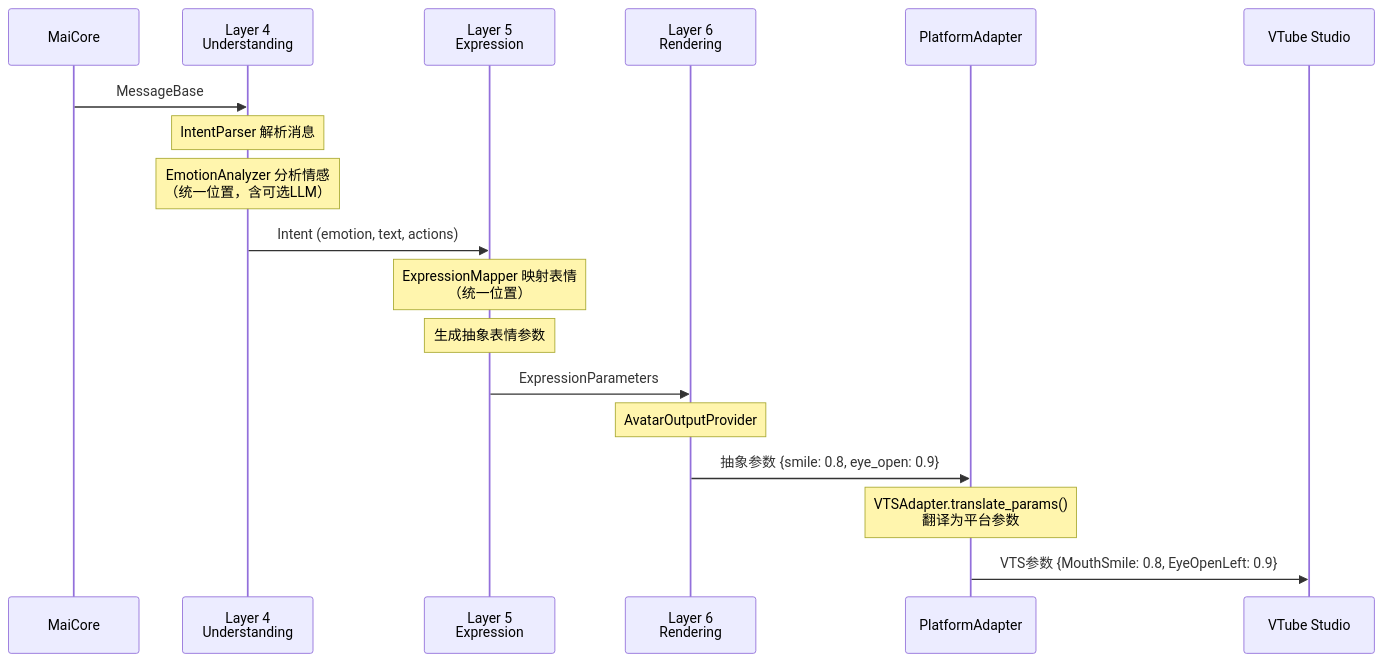
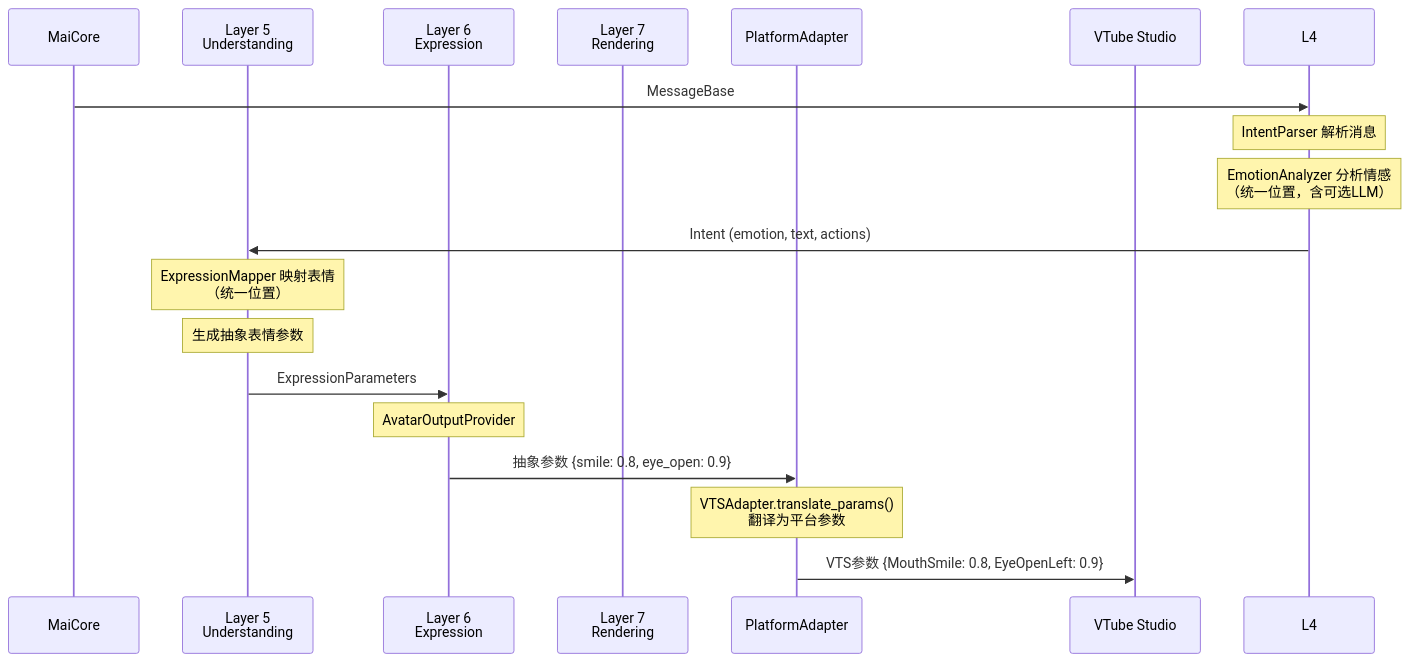
Before and after one commit to Mai-with-u/Amaidesu: the third of 3 diagrams in refactor/design/avatar_refactoring.md, drawn with Mermaid. The commit also changed other lines of this file and 46 other files, not shown here.

````diff
--- a/refactor/design/avatar_refactoring.md
+++ b/refactor/design/avatar_refactoring.md
@@ -321,29 +321,29 @@
 ```mermaid
 sequenceDiagram
     participant MC as MaiCore
-    participant L4 as Layer 4<br/>Understanding
-    participant L5 as Layer 5<br/>Expression
-    participant L6 as Layer 6<br/>Rendering
+    participant L5 as Layer 5<br/>Understanding
+    participant L6 as Layer 6<br/>Expression
+    participant L7 as Layer 7<br/>Rendering
     participant PA as PlatformAdapter
     participant VTS as VTube Studio
 
     MC->>L4: MessageBase
     
     Note over L4: IntentParser 解析消息
     Note over L4: EmotionAnalyzer 分析情感<br/>（统一位置，含可选LLM）
     
     L4->>L5: Intent (emotion, text, actions)
     
     Note over L5: ExpressionMapper 映射表情<br/>（统一位置）
     Note over L5: 生成抽象表情参数
     
     L5->>L6: ExpressionParameters
     
     Note over L6: AvatarOutputProvider
     
     L6->>PA: 抽象参数 {smile: 0.8, eye_open: 0.9}
     
     Note over PA: VTSAdapter.translate_params()<br/>翻译为平台参数
     
     PA->>VTS: VTS参数 {MouthSmile: 0.8, EyeOpenLeft: 0.9}
 ```
````
